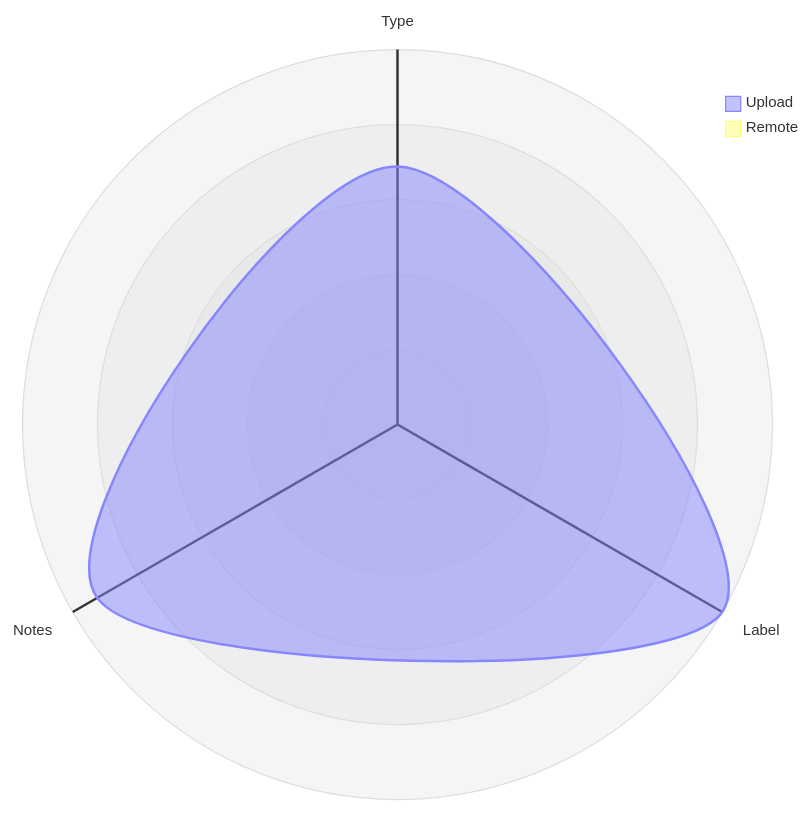
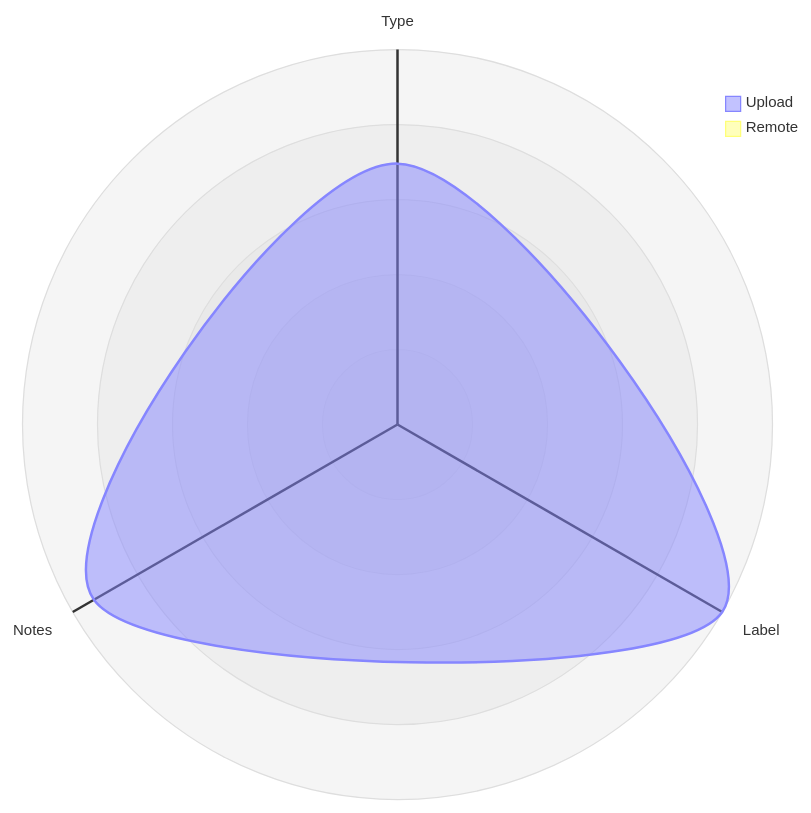
The third of 5 diagrams in datastore_tracker/README.md (open-data/analytics-corporate-reporting), drawn with Mermaid before and after one commit. The commit also changed 10 other files, not shown here.

````diff
--- a/datastore_tracker/README.md
+++ b/datastore_tracker/README.md
@@ -106,12 +106,12 @@
 ```mermaid
 radar-beta
   axis T["Type"], L["Label"], N["Notes"]
-  curve u["Upload"]{0.00064, 0.00093, 0.00086}
+  curve u["Upload"]{0.00064, 0.00092, 0.00086}
   curve r["Remote"]{0, 0, 0}
 
   showLegend true
 
   min 0
   graticule circle
   ticks 5
 ```
````
